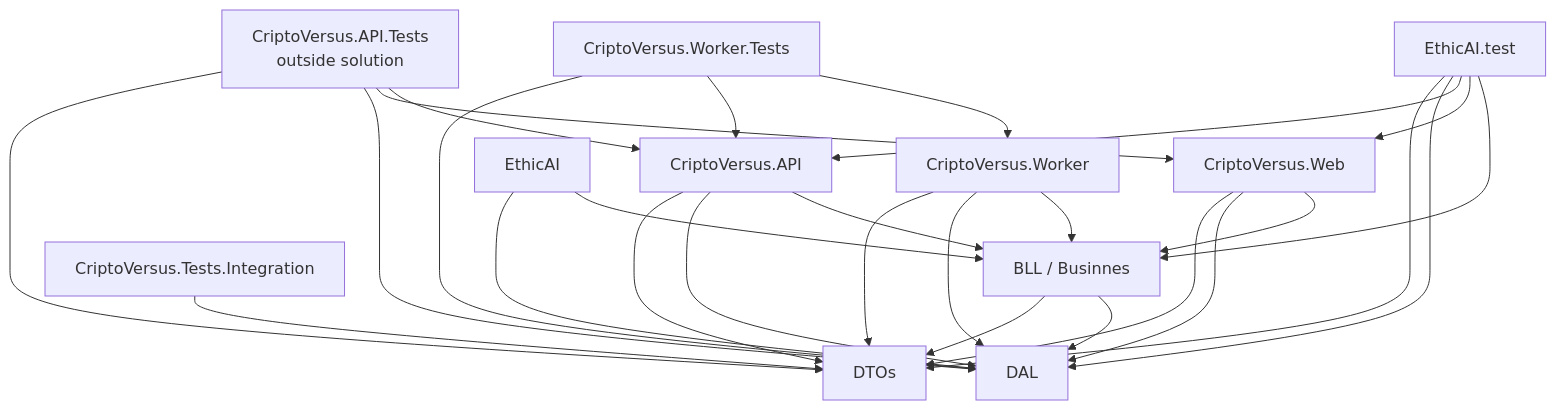
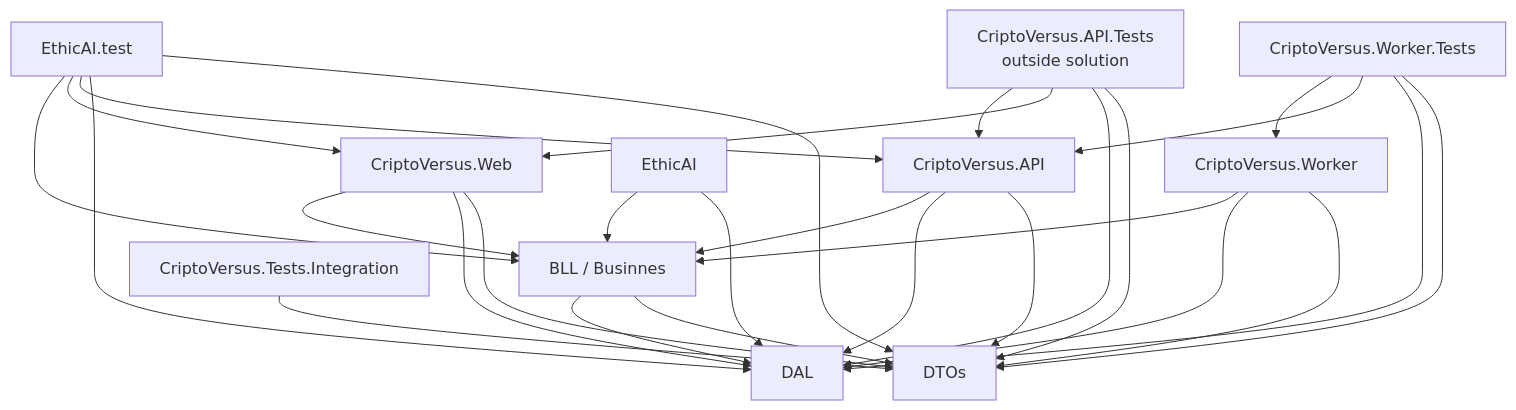
One commit to gigadigito/EthicAI changed the second of 8 diagrams in ARCHITECTURE.md. Above: the diagram before and after it, drawn with Mermaid. The commit also changed other lines of this file and 76 other files, not shown here.

````diff
--- a/ARCHITECTURE.md
+++ b/ARCHITECTURE.md
@@ -96,42 +96,43 @@
 ```mermaid
 flowchart TD
     DTOs[DTOs]
     DAL[DAL]
     BLL[BLL / Businnes]
     Web[CriptoVersus.Web]
     API[CriptoVersus.API]
     Worker[CriptoVersus.Worker]
     Legacy[EthicAI]
     Unit[EthicAI.test]
     WorkerTests[CriptoVersus.Worker.Tests]
     Integration[CriptoVersus.Tests.Integration]
     ApiTests[CriptoVersus.API.Tests<br/>outside solution]
 
     BLL --> DAL
     BLL --> DTOs
     Web --> BLL
     Web --> DAL
     Web --> DTOs
     API --> BLL
     API --> DAL
     API --> DTOs
     Worker --> BLL
     Worker --> DAL
     Worker --> DTOs
     Legacy --> BLL
     Legacy --> DAL
 
     Unit --> BLL
     Unit --> Web
     Unit --> API
     Unit --> DAL
     Unit --> DTOs
     WorkerTests --> Worker
     WorkerTests --> API
     WorkerTests --> DAL
+    WorkerTests --> DTOs
     Integration --> DTOs
     ApiTests --> API
     ApiTests --> Web
     ApiTests --> DAL
     ApiTests --> DTOs
 ```
````
